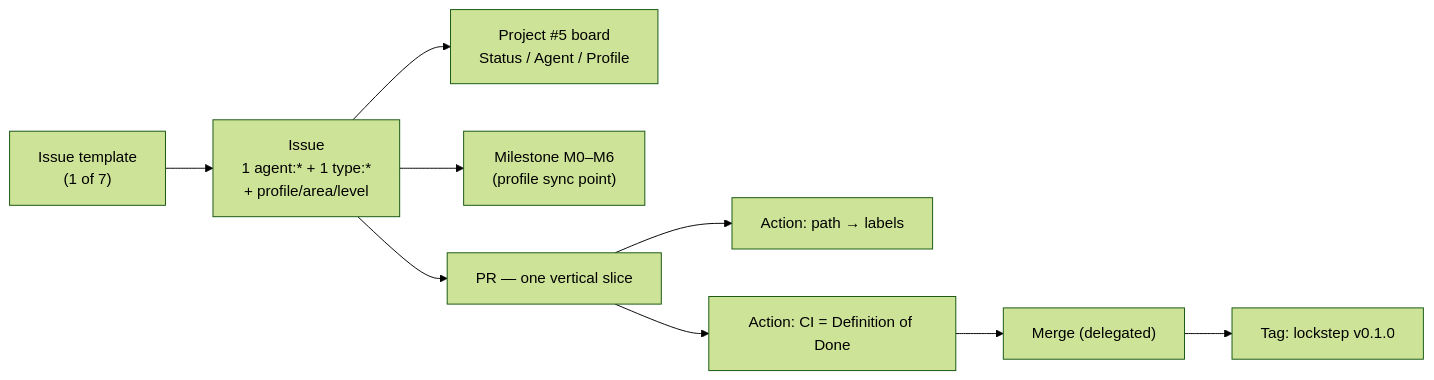
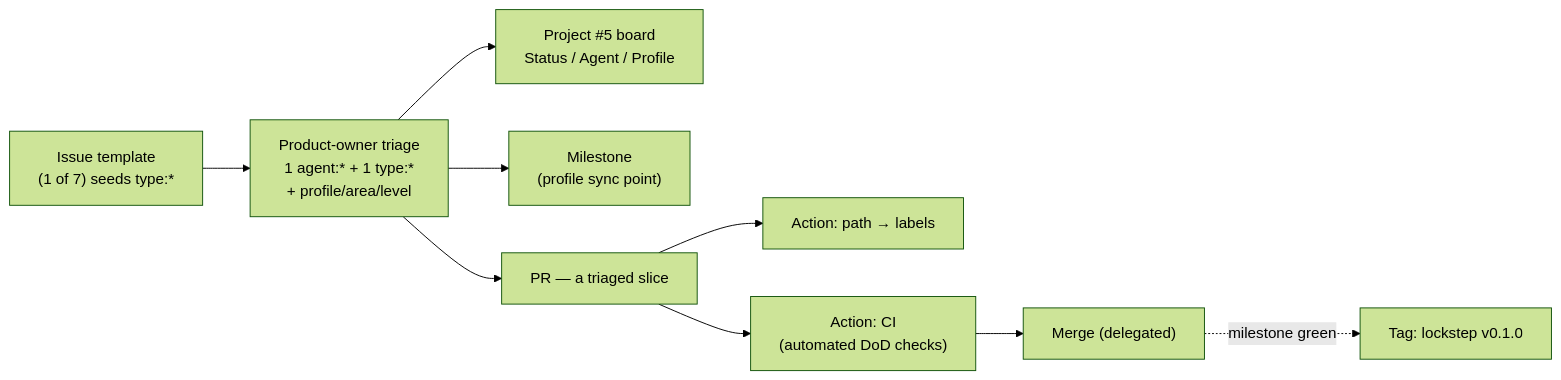
Before and after one commit to pmalarme/open-logo: the third of 3 diagrams in papers/blog-openlogo-agent-factory.md, drawn with Mermaid (forest theme). The commit also changed other lines of this file and 1 other file, not shown here.

````diff
--- a/papers/blog-openlogo-agent-factory.md
+++ b/papers/blog-openlogo-agent-factory.md
@@ -170,11 +170,11 @@
 ```mermaid
 flowchart LR
-  T["Issue template<br/>(1 of 7)"] --> I["Issue<br/>1 agent:* + 1 type:*<br/>+ profile/area/level"]
-  I --> B["Project #5 board<br/>Status / Agent / Profile"]
-  I --> M["Milestone M0–M6<br/>(profile sync point)"]
-  I --> PR["PR — one vertical slice"]
+  T["Issue template<br/>(1 of 7) seeds type:*"] --> TR["Product-owner triage<br/>1 agent:* + 1 type:*<br/>+ profile/area/level"]
+  TR --> B["Project #5 board<br/>Status / Agent / Profile"]
+  TR --> M["Milestone<br/>(profile sync point)"]
+  TR --> PR["PR — a triaged slice"]
   PR --> LB["Action: path → labels"]
-  PR --> CI["Action: CI = Definition of Done"]
+  PR --> CI["Action: CI<br/>(automated DoD checks)"]
   CI --> MG["Merge (delegated)"]
-  MG --> TAG["Tag: lockstep v0.1.0"]
+  MG -. "milestone green" .-> TAG["Tag: lockstep v0.1.0"]
 ```
````
